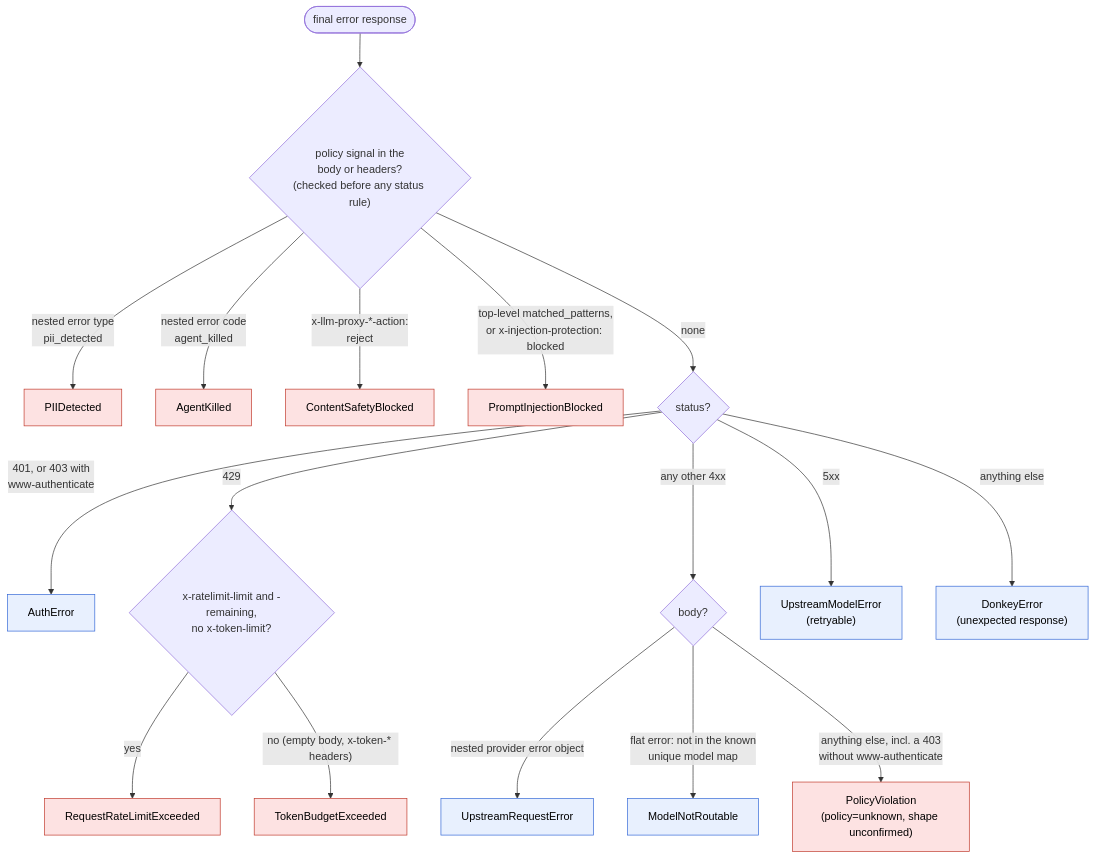
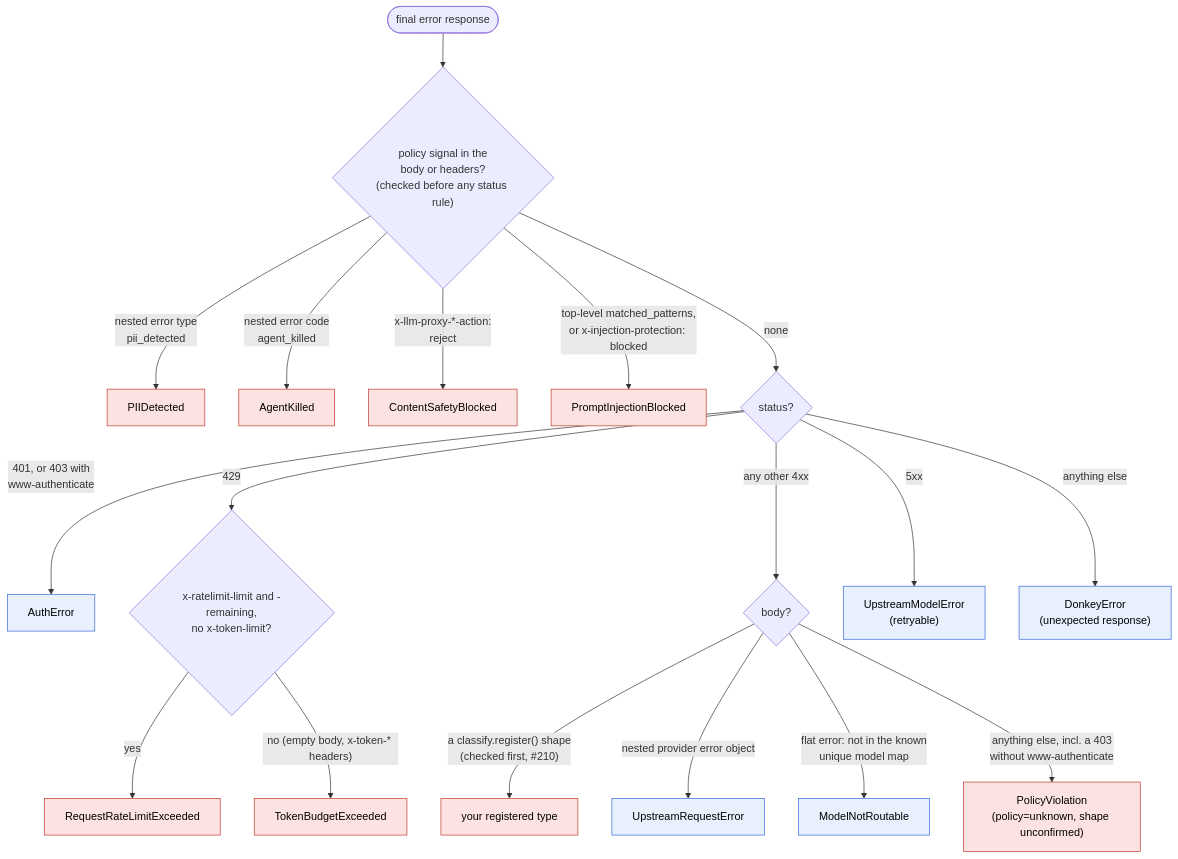
Before and after one commit to Donkey-Development-Kit/donkey-development-kit: the second of 2 diagrams in ARCHITECTURE.md, drawn with Mermaid. The commit also changed other lines of this file and 48 other files, not shown here.

````diff
--- a/ARCHITECTURE.md
+++ b/ARCHITECTURE.md
@@ -496,25 +499,26 @@
 ```mermaid
 flowchart TD
   start(["final error response"]) --> sig{"policy signal in the<br/>body or headers?<br/>(checked before any status rule)"}
   sig -->|"nested error type<br/>pii_detected"| PIIDetected
   sig -->|"nested error code<br/>agent_killed"| AgentKilled
   sig -->|"x-llm-proxy-*-action:<br/>reject"| ContentSafetyBlocked
   sig -->|"top-level matched_patterns,<br/>or x-injection-protection: blocked"| PromptInjectionBlocked
   sig -->|none| status{"status?"}
 
   status -->|"401, or 403 with<br/>www-authenticate"| AuthError
   status -->|429| r429{"x-ratelimit-limit and -remaining,<br/>no x-token-limit?"}
   r429 -->|yes| RequestRateLimitExceeded
   r429 -->|"no (empty body, x-token-* headers)"| TokenBudgetExceeded
   status -->|"any other 4xx"| c4xx{"body?"}
+  c4xx -->|"a classify.register() shape<br/>(checked first, #210)"| Registered["your registered type"]
   c4xx -->|"nested provider error object"| UpstreamRequestError
   c4xx -->|"flat error: not in the known<br/>unique model map"| ModelNotRoutable
   c4xx -->|"anything else, incl. a 403<br/>without www-authenticate"| PV["PolicyViolation<br/>(policy=unknown, shape unconfirmed)"]
   status -->|5xx| UpstreamModelError["UpstreamModelError<br/>(retryable)"]
   status -->|"anything else"| DonkeyError["DonkeyError<br/>(unexpected response)"]
 
   classDef refusal fill:#fde2e2,stroke:#c0392b,color:#000
   classDef other fill:#e8f0fe,stroke:#3367d6,color:#000
-  class PIIDetected,AgentKilled,ContentSafetyBlocked,PromptInjectionBlocked,RequestRateLimitExceeded,TokenBudgetExceeded,PV refusal
+  class PIIDetected,AgentKilled,ContentSafetyBlocked,PromptInjectionBlocked,RequestRateLimitExceeded,TokenBudgetExceeded,PV,Registered refusal
   class AuthError,UpstreamRequestError,ModelNotRoutable,UpstreamModelError,DonkeyError other
 ```
````
